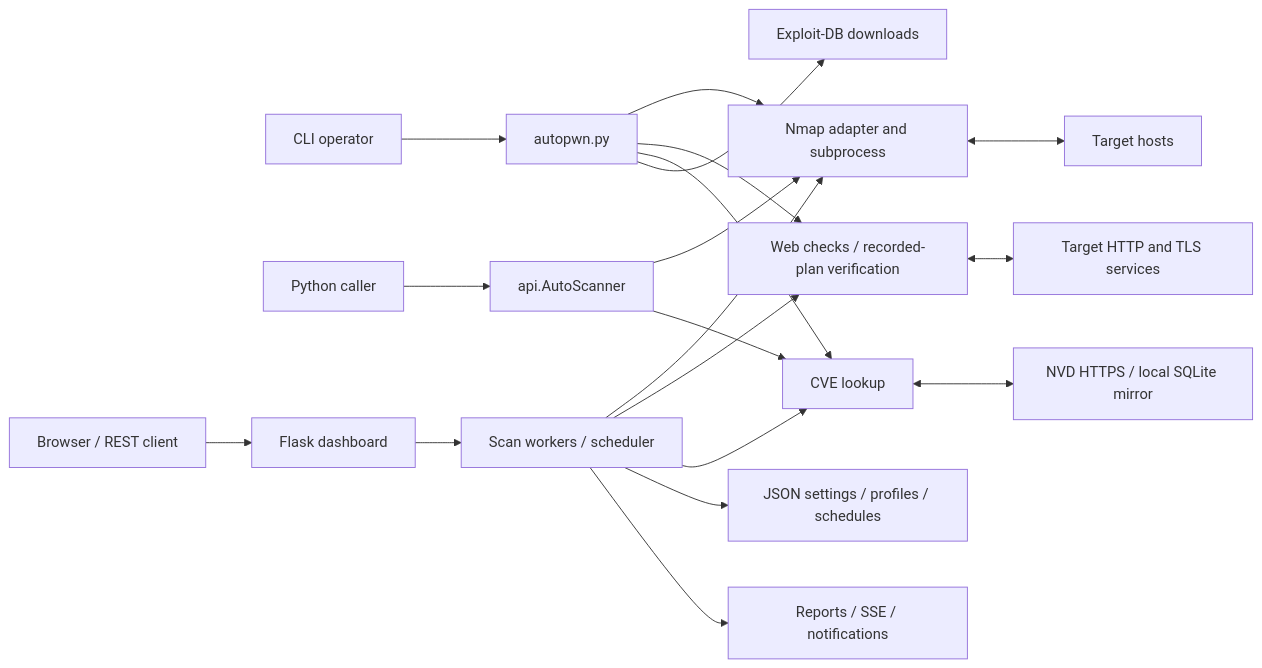
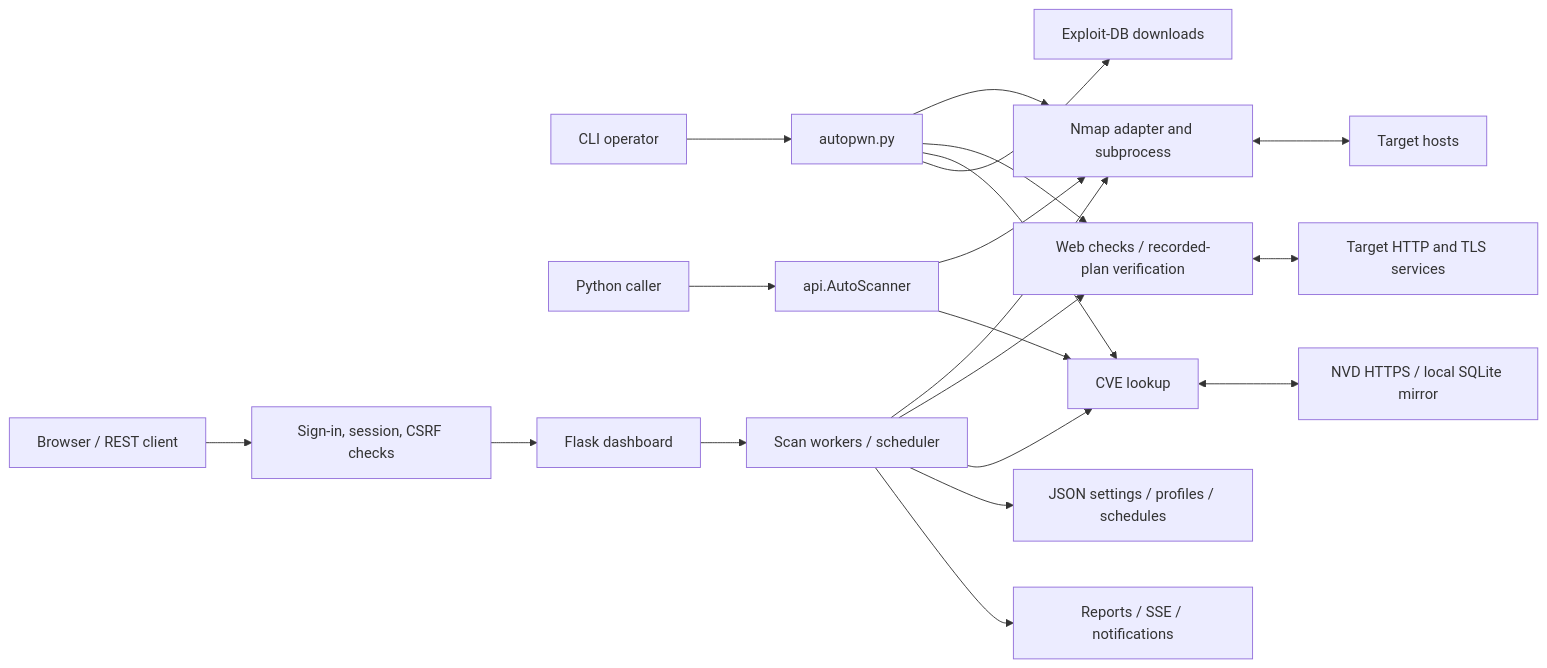
One commit to GamehunterKaan/AutoPWN-Suite changed the diagram in docs/ARCHITECTURE.md. Above: the diagram before and after it, drawn with Mermaid. The commit also changed other lines of this file and 26 other files, not shown here.

````diff
--- a/docs/ARCHITECTURE.md
+++ b/docs/ARCHITECTURE.md
@@ -23,21 +25,22 @@
 ```mermaid
 flowchart LR
   CLI[CLI operator] --> Main[autopwn.py]
   Caller[Python caller] --> API[api.AutoScanner]
-  Browser[Browser / REST client] --> Web[Flask dashboard]
+  Browser[Browser / REST client] --> Auth[Sign-in, session, CSRF checks]
+  Auth --> Web[Flask dashboard]
   Web --> Workers[Scan workers / scheduler]
   Main --> Adapter[Nmap adapter and subprocess]
   API --> Adapter
   Workers --> Adapter
   Adapter <--> Targets[Target hosts]
   Workers --> HTTP[Web checks / recorded-plan verification]
   Main --> HTTP
   HTTP <--> Websites[Target HTTP and TLS services]
   Main --> Lookup[CVE lookup]
   API --> Lookup
   Workers --> Lookup
   Lookup <--> NVD[NVD HTTPS / local SQLite mirror]
   Main --> Exploits[Exploit-DB downloads]
   Workers --> State[JSON settings / profiles / schedules]
   Workers --> Reports[Reports / SSE / notifications]
 ```
````
